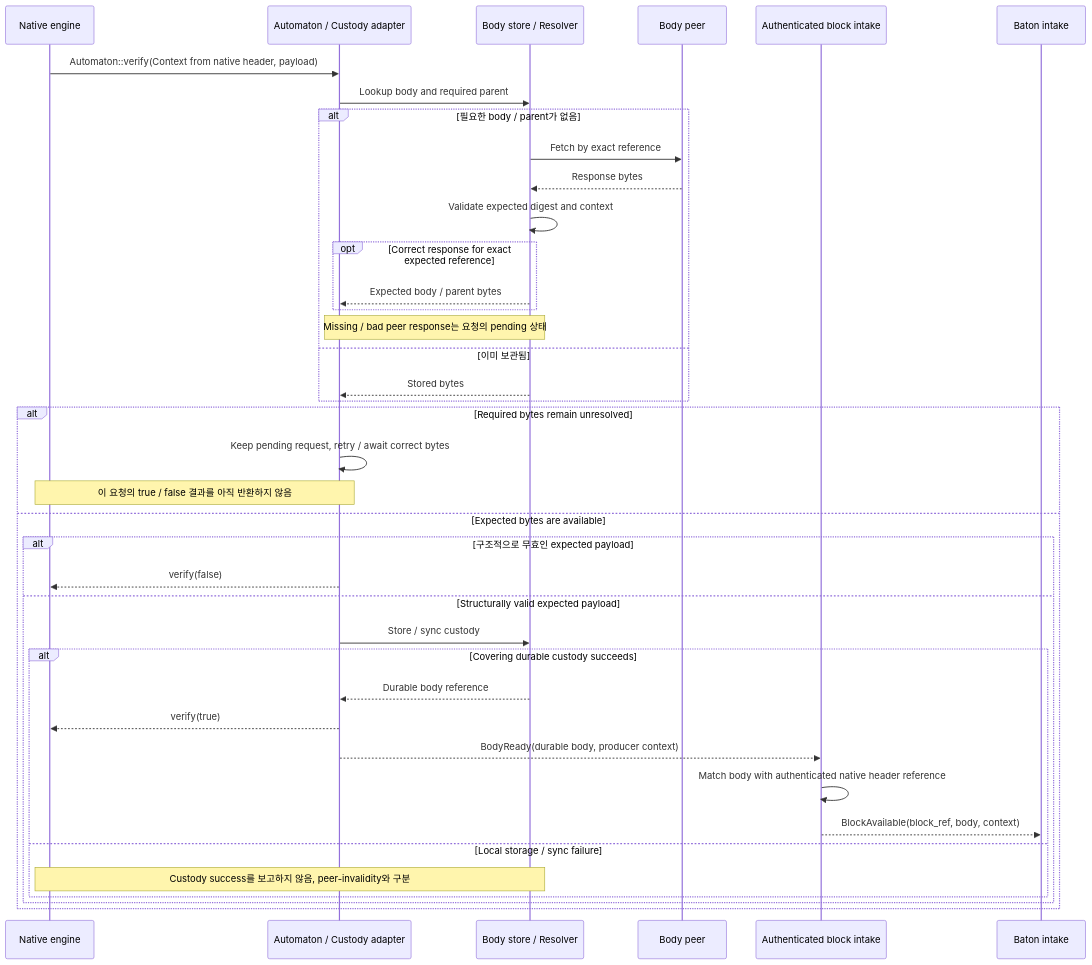
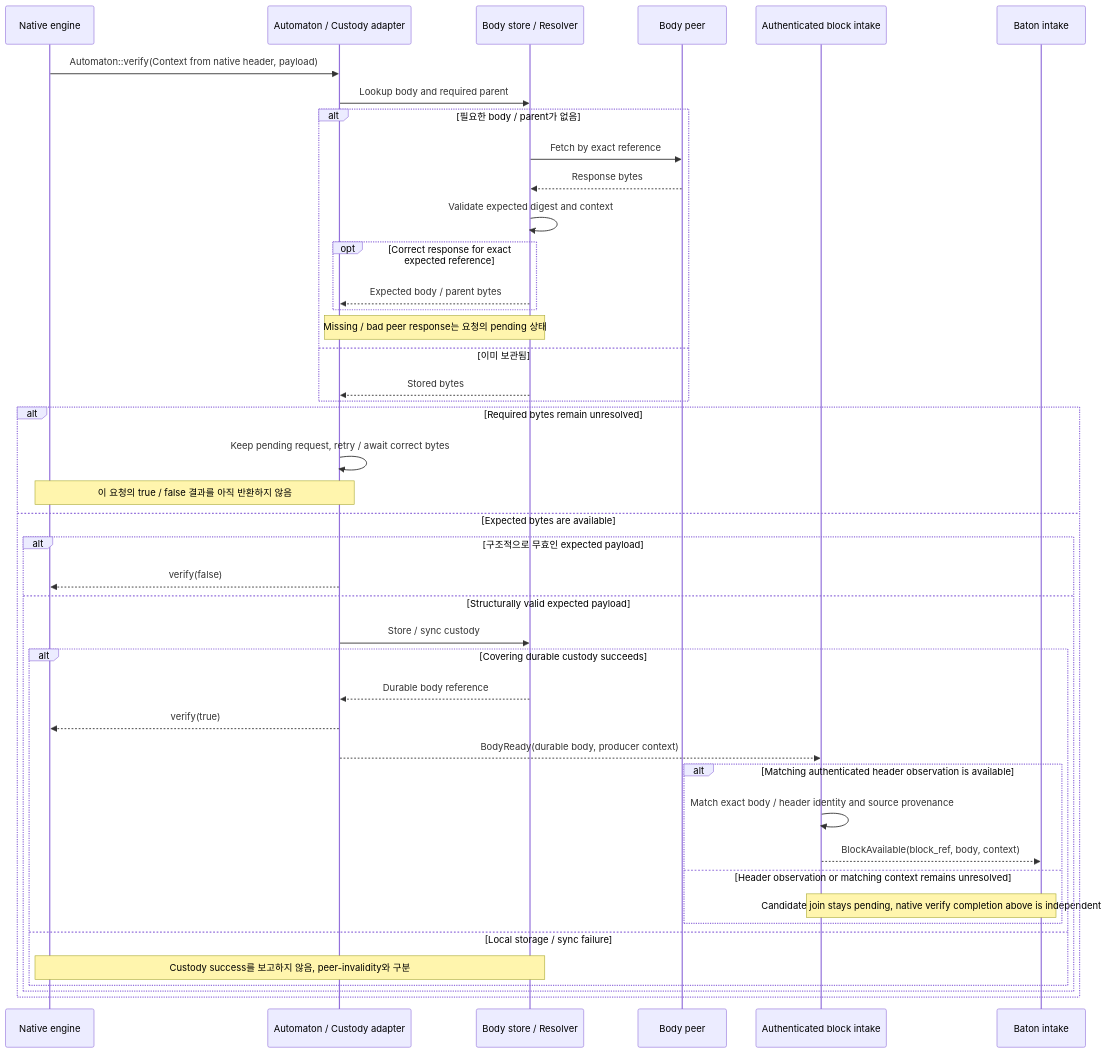
One commit to djm07073/baton-research changed the fifth of 17 diagrams in IMPLEMENTATION_SPEC.md. Above: the diagram before and after it, drawn with Mermaid. The commit also changed other lines of this file and 30 other files, not shown here.

````diff
--- a/IMPLEMENTATION_SPEC.md
+++ b/IMPLEMENTATION_SPEC.md
@@ -273,41 +277,45 @@
 ```mermaid
 sequenceDiagram
     participant N as Native engine
     participant A as Automaton / Custody adapter
     participant S as Body store / Resolver
     participant P as Body peer
     participant I as Authenticated block intake
     participant B as Baton intake
     N->>A: Automaton::verify(Context from native header, payload)
     A->>S: Lookup body and required parent
     alt 필요한 body / parent가 없음
         S->>P: Fetch by exact reference
         P-->>S: Response bytes
         S->>S: Validate expected digest and context
         opt Correct response for exact expected reference
             S-->>A: Expected body / parent bytes
         end
         Note over A,S: Missing / bad peer response는 요청의 pending 상태
     else 이미 보관됨
         S-->>A: Stored bytes
     end
     alt Required bytes remain unresolved
         A->>A: Keep pending request, retry / await correct bytes
         Note over N,A: 이 요청의 true / false 결과를 아직 반환하지 않음
     else Expected bytes are available
         alt 구조적으로 무효인 expected payload
             A-->>N: verify(false)
         else Structurally valid expected payload
             A->>S: Store / sync custody
             alt Covering durable custody succeeds
                 S-->>A: Durable body reference
                 A-->>N: verify(true)
                 A-->>I: BodyReady(durable body, producer context)
-                I->>I: Match body with authenticated native header reference
-                I-->>B: BlockAvailable(block_ref, body, context)
+                alt Matching authenticated header observation is available
+                    I->>I: Match exact body / header identity and source provenance
+                    I-->>B: BlockAvailable(block_ref, body, context)
+                else Header observation or matching context remains unresolved
+                    Note over I,B: Candidate join stays pending, native verify completion above is independent
+                end
             else Local storage / sync failure
                 Note over N,S: Custody success를 보고하지 않음, peer-invalidity와 구분
             end
         end
     end
 ```
````
